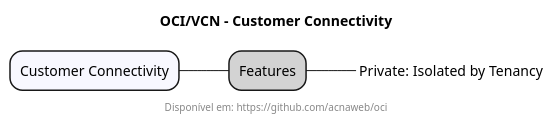
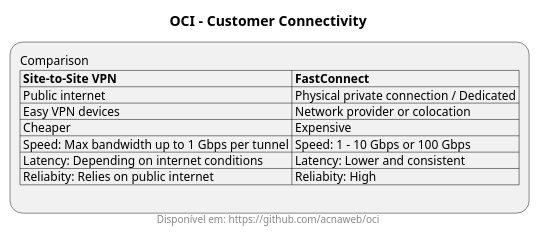
Before and after one commit to acnaweb/oci: the diagram in docs/src/connectivity.wsd, drawn with PlantUML. The commit also changed 3 other files, not shown here.

```diff
--- a/docs/src/connectivity.wsd
+++ b/docs/src/connectivity.wsd
@@ -1,12 +1,16 @@
-@startmindmap
+@startuml
 
-Title "OCI/VCN - Customer Connectivity"
+title "OCI - Customer Connectivity"
 footer Disponível em: https://github.com/acnaweb/oci
 
-*[#F8F8FF]  Customer Connectivity
+:Comparison
+|= Site-to-Site VPN |= FastConnect |
+| Public internet | Physical private connection / Dedicated |
+| Easy VPN devices | Network provider or colocation |
+| Cheaper | Expensive |
+| Speed: Max bandwidth up to 1 Gbps per tunnel | Speed: 1 - 10 Gbps or 100 Gbps |
+| Latency: Depending on internet conditions | Latency: Lower and consistent |
+| Reliabity: Relies on public internet | Reliabity: High |
+;
 
-**[#LightGray] Features
-
-***_ Private: Isolated by Tenancy
-
-@endmindmap
+@enduml
```
